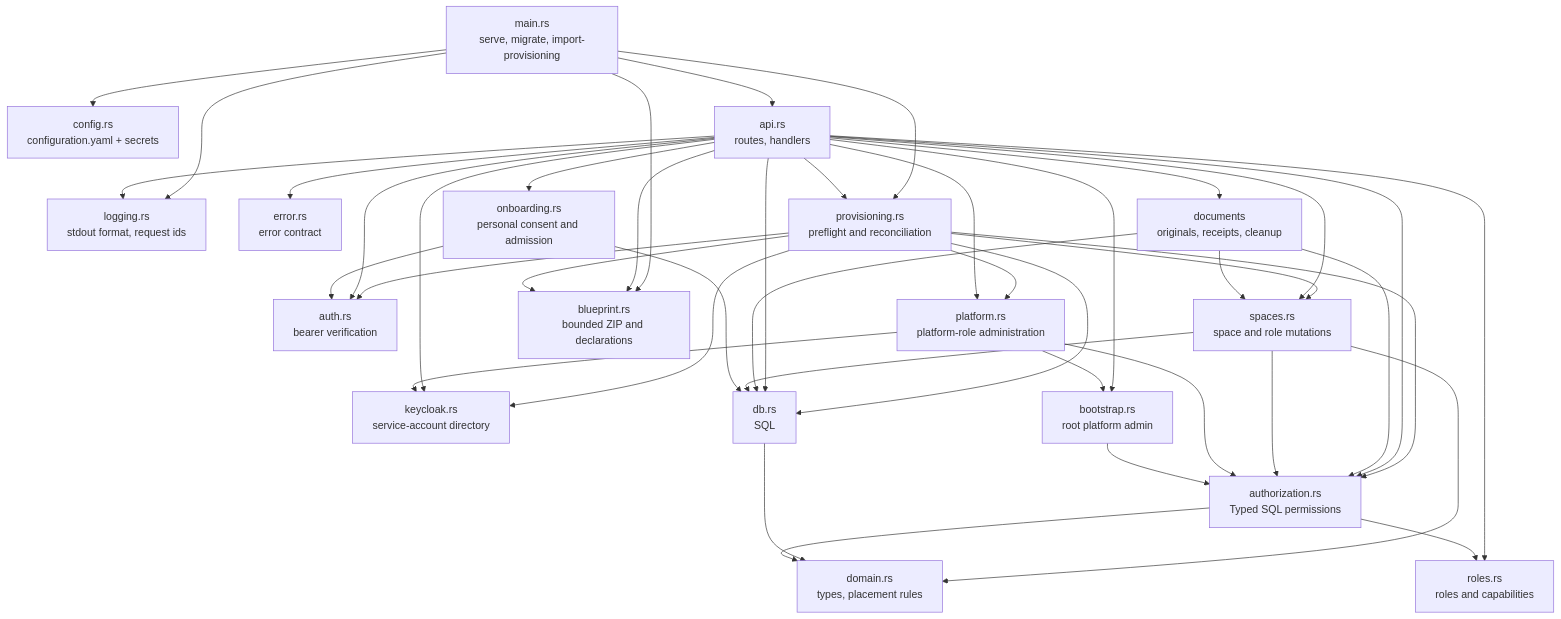
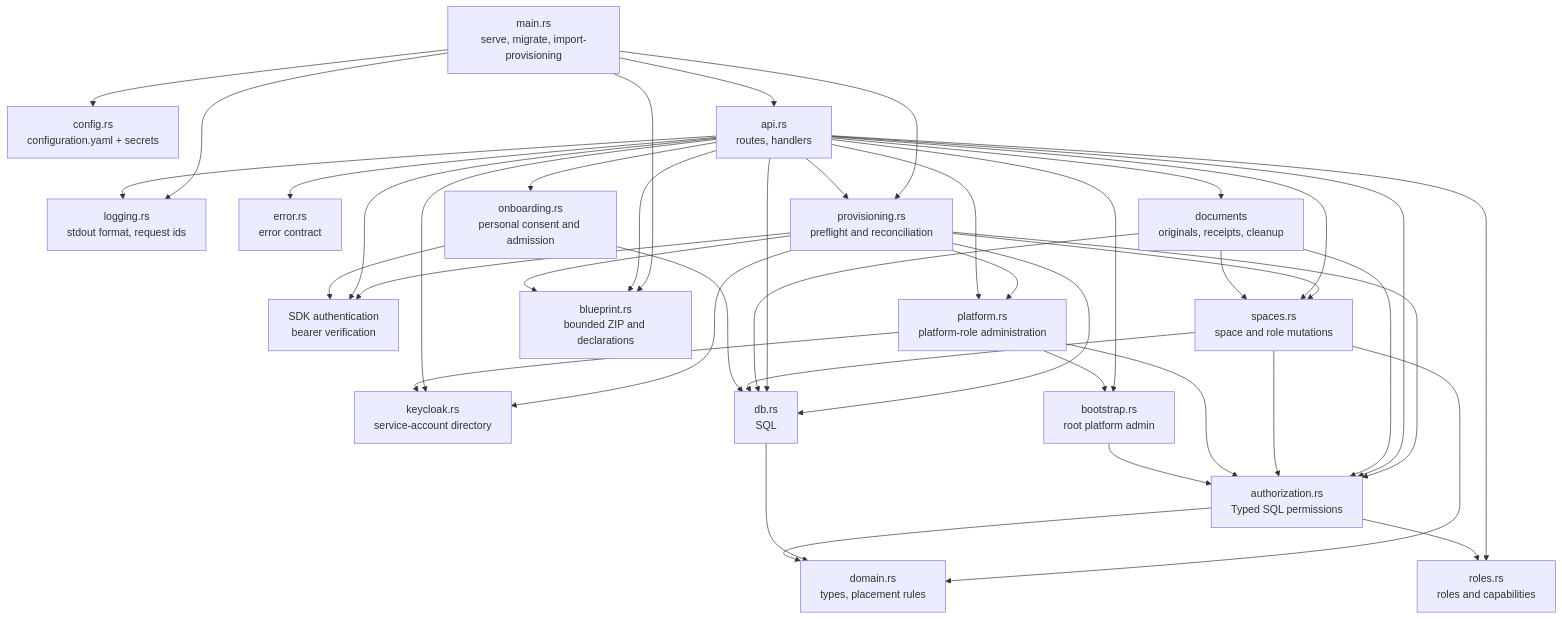
One commit to ThalesGroup/fred changed the second of 3 diagrams in docs/architecture/A1-manager-runtime.md. Above: the diagram before and after it, drawn with Mermaid. The commit also changed other lines of this file and 128 other files, not shown here.

````diff
--- a/docs/architecture/A1-manager-runtime.md
+++ b/docs/architecture/A1-manager-runtime.md
@@ -55,37 +61,37 @@
 ```mermaid
 flowchart TB
     main["main.rs<br/>serve, migrate, import-provisioning"]
     config["config.rs<br/>configuration.yaml + secrets"]
     logging["logging.rs<br/>stdout format, request ids"]
     api["api.rs<br/>routes, handlers"]
-    auth["auth.rs<br/>bearer verification"]
+    auth["SDK authentication<br/>bearer verification"]
     error["error.rs<br/>error contract"]
     spaces["spaces.rs<br/>space and role mutations"]
     provisioning["provisioning.rs<br/>preflight and reconciliation"]
     blueprint["blueprint.rs<br/>bounded ZIP and declarations"]
     platform["platform.rs<br/>platform-role administration"]
     roles["roles.rs<br/>roles and capabilities"]
     directory["keycloak.rs<br/>service-account directory"]
     onboarding["onboarding.rs<br/>personal consent and admission"]
     bootstrap["bootstrap.rs<br/>root platform admin"]
     domain["domain.rs<br/>types, placement rules"]
     db["db.rs<br/>SQL"]
     documents["documents<br/>originals, receipts, cleanup"]
     authorization["authorization.rs<br/>Typed SQL permissions"]
 
     main --> config & logging & api & provisioning & blueprint
     api --> provisioning & blueprint
     provisioning --> blueprint
     provisioning --> auth & platform & directory & db & authorization & spaces
     api --> auth & error & spaces & bootstrap & db & authorization & logging
     api --> documents
     documents --> spaces & db & authorization
     spaces --> domain & db & authorization
     api --> platform & roles & directory & onboarding
     onboarding --> auth & db
     platform --> bootstrap & directory & authorization
     authorization --> roles
     bootstrap --> authorization
     db --> domain
     authorization --> domain
 ```
````
